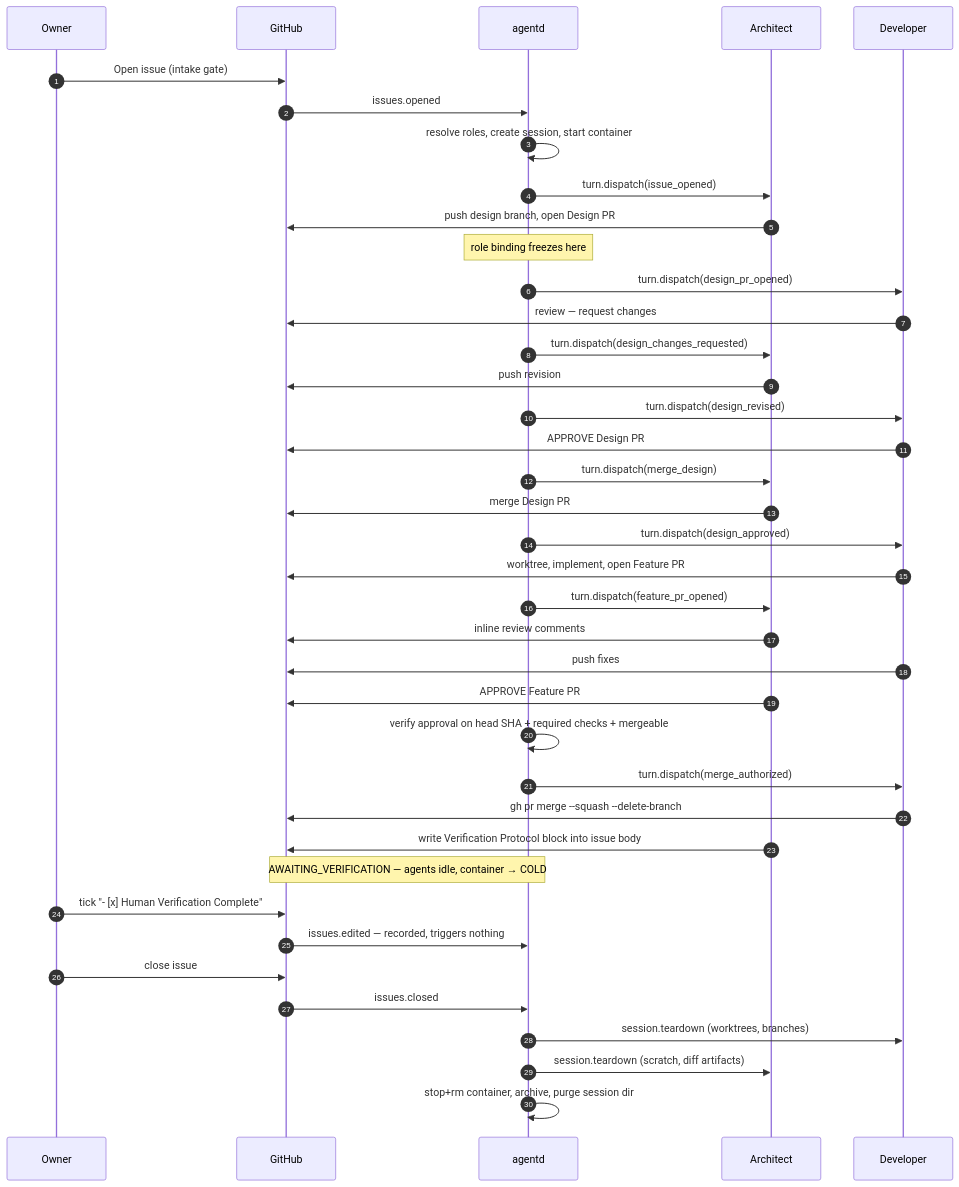
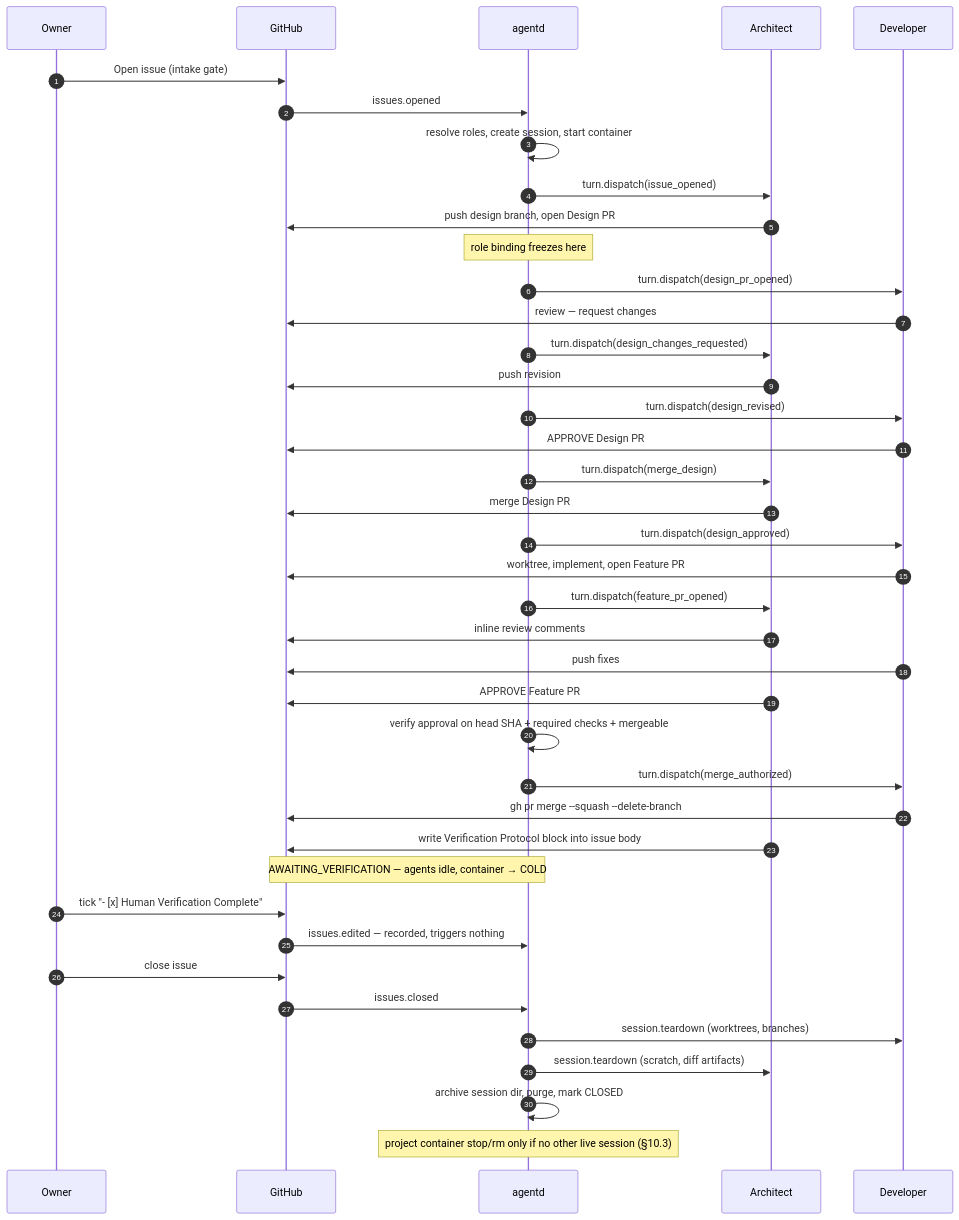
Before and after one commit to huozhe/code-workflow: the third of 3 diagrams in docs/design/unified_design_spec.md, drawn with Mermaid. The commit also changed other lines of this file, not shown here.

````diff
--- a/docs/design/unified_design_spec.md
+++ b/docs/design/unified_design_spec.md
@@ -561,42 +561,43 @@
 ```mermaid
 sequenceDiagram
     autonumber
     participant H as Owner
     participant GH as GitHub
     participant D as agentd
     participant A as Architect
     participant V as Developer
 
     H->>GH: Open issue (intake gate)
     GH->>D: issues.opened
     D->>D: resolve roles, create session, start container
     D->>A: turn.dispatch(issue_opened)
     A->>GH: push design branch, open Design PR
     Note over D: role binding freezes here
     D->>V: turn.dispatch(design_pr_opened)
     V->>GH: review — request changes
     D->>A: turn.dispatch(design_changes_requested)
     A->>GH: push revision
     D->>V: turn.dispatch(design_revised)
     V->>GH: APPROVE Design PR
     D->>A: turn.dispatch(merge_design)
     A->>GH: merge Design PR
     D->>V: turn.dispatch(design_approved)
     V->>GH: worktree, implement, open Feature PR
     D->>A: turn.dispatch(feature_pr_opened)
     A->>GH: inline review comments
     V->>GH: push fixes
     A->>GH: APPROVE Feature PR
     D->>D: verify approval on head SHA + required checks + mergeable
     D->>V: turn.dispatch(merge_authorized)
     V->>GH: gh pr merge --squash --delete-branch
     A->>GH: write Verification Protocol block into issue body
     Note over D,GH: AWAITING_VERIFICATION — agents idle, container → COLD
     H->>GH: tick "- [x] Human Verification Complete"
     GH->>D: issues.edited — recorded, triggers nothing
     H->>GH: close issue
     GH->>D: issues.closed
     D->>V: session.teardown (worktrees, branches)
     D->>A: session.teardown (scratch, diff artifacts)
-    D->>D: stop+rm container, archive, purge session dir
+    D->>D: archive session dir, purge, mark CLOSED
+    Note over D: project container stop/rm only if no other live session (§10.3)
 ```
````
